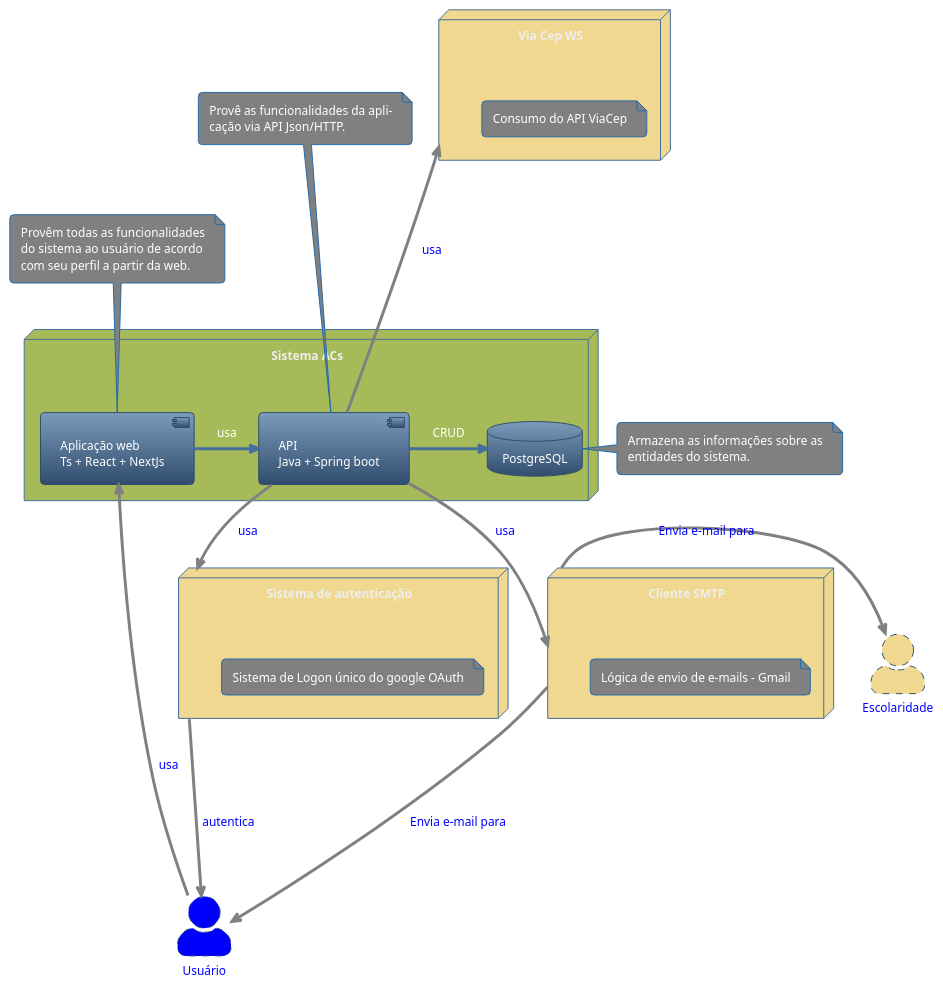
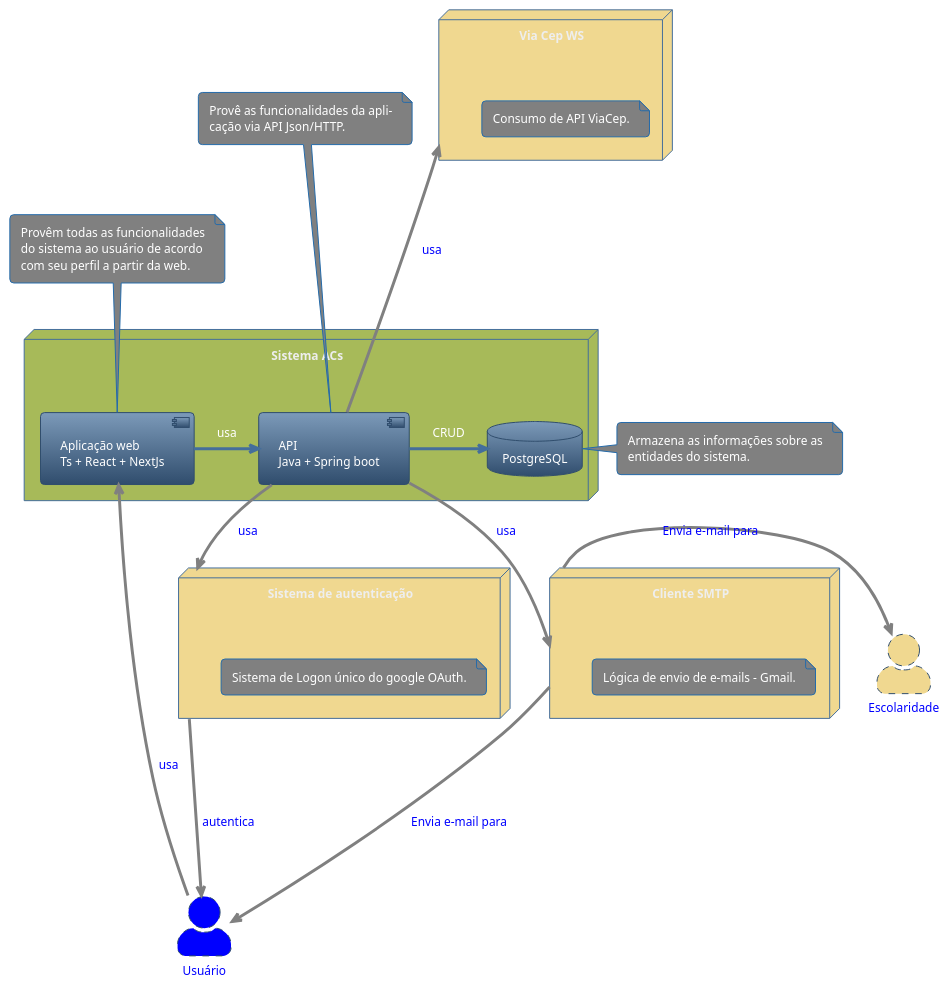
The diagram in sistema-docs/src/2. Níveis/2.2 Container - C2/diagrama-c2.puml (kvojps/sistema-acs), drawn with PlantUML before and after one commit. The commit also changed 1 other file, not shown here.

```diff
--- a/sistema-docs/src/2. Níveis/2.2 Container - C2/diagrama-c2.puml
+++ b/sistema-docs/src/2. Níveis/2.2 Container - C2/diagrama-c2.puml
@@ -1,63 +1,63 @@
 @startuml Diagrama c2 - container
 !theme spacelab
 skinparam actorStyle awesome
 
 node "Sistema ACs" #a7ba59 {
     [Aplicação web\nTs + React + NextJs] as front
     [API\nJava + Spring boot] as back
     database "PostgreSQL"
 
     front -right--> back: usa
     back -right--> PostgreSQL: CRUD
 }
 
 node "Cliente SMTP" as SMTP #f0d890 {
     note as N0 #Gray
-        Lógica de envio de e-mails - Gmail
+        Lógica de envio de e-mails - Gmail.
     end note
 }
 
 node "Sistema de autenticação" as Auth #f0d890 {
     note as N1 #Gray
-        Sistema de Logon único do google OAuth
+        Sistema de Logon único do google OAuth.
     end note
 }
 
 node "Via Cep WS" as ViaCep #f0d890 {
     note as N2 #Gray
-        Consumo do API ViaCep
+        Consumo de API ViaCep.
     end note
 }
 
 note as front_note #Gray
     Provêm todas as funcionalidades
     do sistema ao usuário de acordo
     com seu perfil a partir da web.
 end note
 
 note as back_note #Gray
     Provê as funcionalidades da apli-
     cação via API Json/HTTP.
 end note
 
 note as db_note #Gray
     Armazena as informações sobre as
     entidades do sistema.
 end note
 
 front -up-> front_note #line:gray;
 back -up--> back_note #line:gray;
 PostgreSQL -right-> db_note #line:gray;
 
 Actor Usuário #Blue;line.dashed;text:blue
 Actor Escolaridade #f0d890;line.dashed;text:blue
 
 back -down-> Auth #line:gray;text:blue : usa
 back -down-> SMTP #line:gray;text:blue : usa
 back -up--> ViaCep #line:gray;text:blue : usa
 Usuário -up-> front #line:gray;text:blue : usa
 
 Auth -> Usuário #line:gray;text:blue : autentica
 SMTP -down--> Usuário #line:gray;text:blue : Envia e-mail para
 SMTP -right-> Escolaridade #line:gray;text:blue : Envia e-mail para
 @enduml
```
